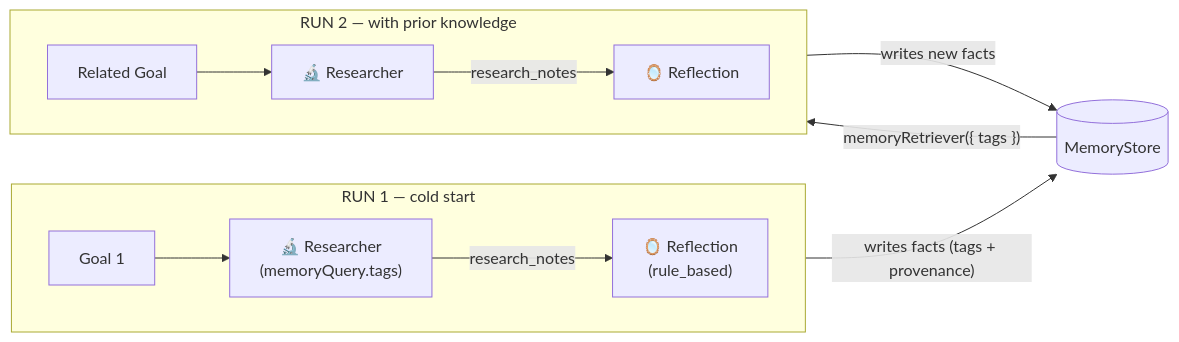
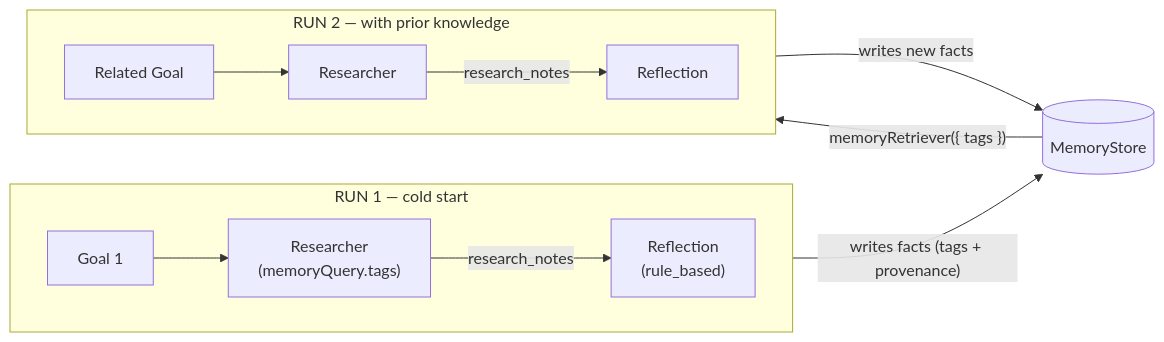
Before and after one commit to wmcmahan/cycgraph: the diagram in apps/docs/src/content/docs/docs/patterns/reflection.md, drawn with Mermaid. The commit also changed other lines of this file and 17 other files, not shown here.

````diff
--- a/apps/docs/src/content/docs/docs/patterns/reflection.md
+++ b/apps/docs/src/content/docs/docs/patterns/reflection.md
@@ -12,20 +12,20 @@
 ```mermaid
 flowchart LR
     subgraph R1["RUN 1 — cold start"]
         direction LR
-        Goal1[Goal 1] --> Researcher1["🔬 Researcher\n(memoryQuery.tags)"]
-        Researcher1 -- "research_notes" --> Reflect1["🪞 Reflection\n(rule_based)"]
+        Goal1[Goal 1] --> Researcher1["Researcher\n(memoryQuery.tags)"]
+        Researcher1 -- "research_notes" --> Reflect1["Reflection\n(rule_based)"]
     end
 
     Reflect1 -- "writes facts (tags + provenance)" --> Store[(MemoryStore)]
 
     subgraph R2["RUN 2 — with prior knowledge"]
         direction LR
-        Goal2[Related Goal] --> Researcher2["🔬 Researcher"]
-        Researcher2 -- "research_notes" --> Reflect2["🪞 Reflection"]
+        Goal2[Related Goal] --> Researcher2["Researcher"]
+        Researcher2 -- "research_notes" --> Reflect2["Reflection"]
     end
 
     Store -- "memoryRetriever({ tags })" --> Researcher2
 
     Reflect2 -- "writes new facts" --> Store
 ```
````
